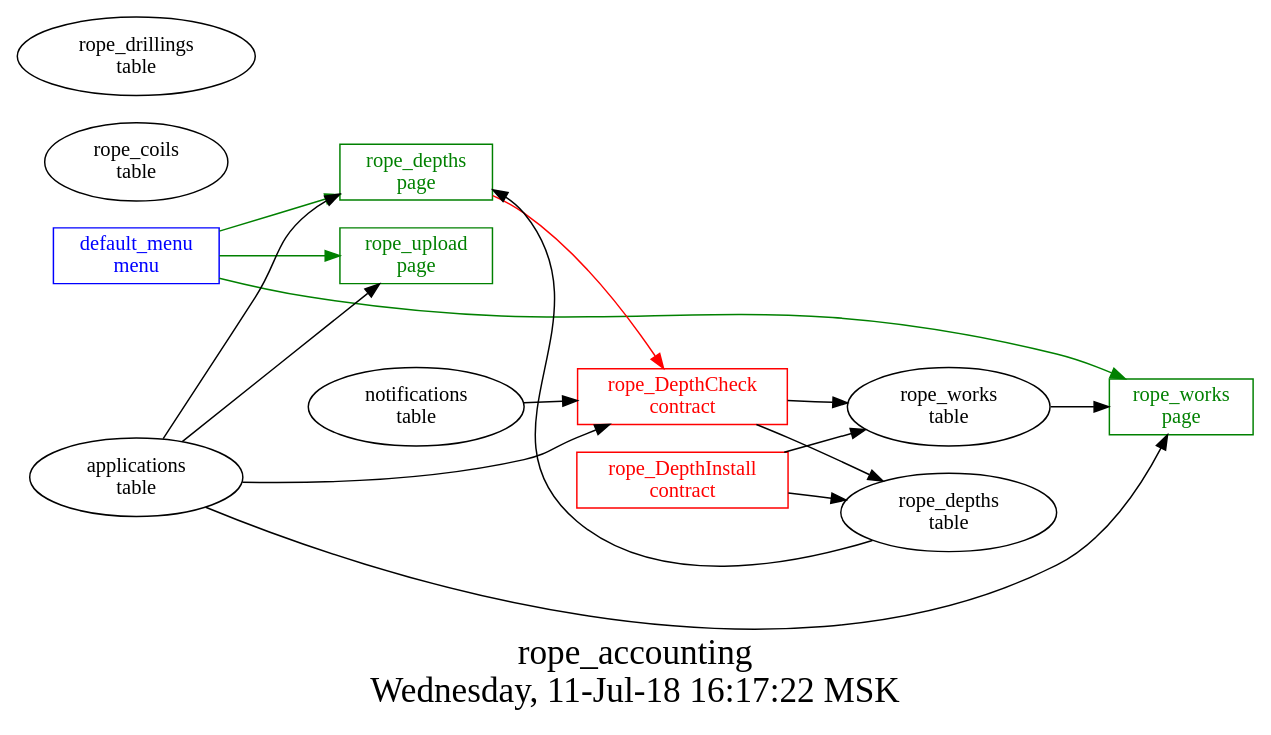
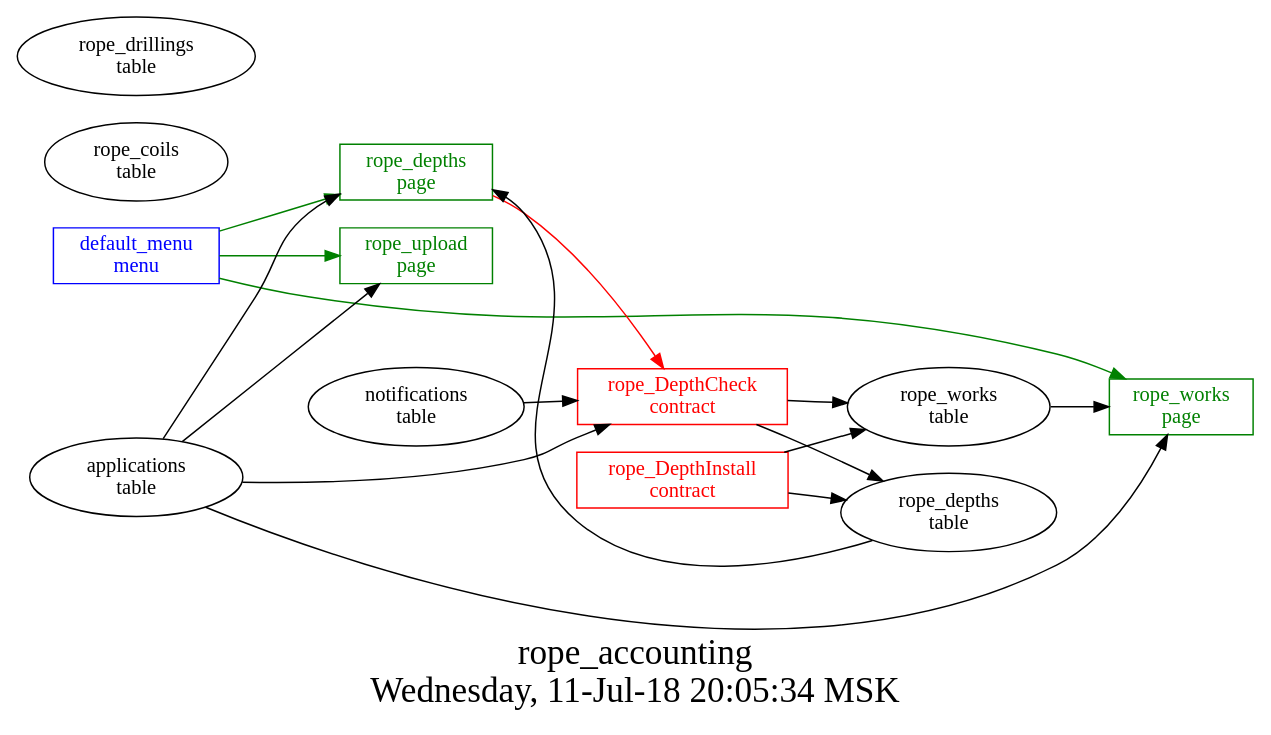
One commit to AplaProject/apps changed the diagram in src/rope_accounting/struct.dot. Above: the diagram before and after it, drawn with Graphviz. The commit also changed 5 other files, not shown here.

```diff
--- a/src/rope_accounting/struct.dot
+++ b/src/rope_accounting/struct.dot
@@ -1,35 +1,35 @@
 digraph G {
 graph [
   fontsize="24";
-  label="rope_accounting\nWednesday, 11-Jul-18 16:17:22 MSK";
+  label="rope_accounting\nWednesday, 11-Jul-18 20:05:34 MSK";
   nojustify=true;
   ordering=out;
   rankdir=LR;
   size="30";
 ];
 "default_menu\nmenu" -> "rope_upload\npage"  [ color=green ]
 "default_menu\nmenu" -> "rope_works\npage"  [ color=green ]
 "default_menu\nmenu" -> "rope_depths\npage"  [ color=green ]
 "default_menu\nmenu" [color=blue, fontcolor=blue, group=menus, shape=record];
 "rope_depths\npage" -> "rope_DepthCheck\ncontract"  [ color=red ]
 "applications\ntable" -> "rope_depths\npage"
 "rope_depths\ntable" -> "rope_depths\npage"
 "rope_depths\npage" [color=green, fontcolor=green, group=pages, shape=record];
 "applications\ntable" -> "rope_upload\npage"
 "rope_upload\npage" [color=green, fontcolor=green, group=pages, shape=record];
 "applications\ntable" -> "rope_works\npage"
 "rope_works\ntable" -> "rope_works\npage"
 "rope_works\npage" [color=green, fontcolor=green, group=pages, shape=record];
 "rope_DepthCheck\ncontract" -> "rope_works\ntable"  [ color="" ]
 "rope_DepthCheck\ncontract" -> "rope_depths\ntable"  [ color="" ]
 "applications\ntable" -> "rope_DepthCheck\ncontract"
 "notifications\ntable" -> "rope_DepthCheck\ncontract"
 "rope_DepthCheck\ncontract" [color=red, fontcolor=red, group=contracts, shape=record];
 "rope_DepthInstall\ncontract" -> "rope_works\ntable"  [ color="" ]
 "rope_DepthInstall\ncontract" -> "rope_depths\ntable"  [ color="" ]
 "rope_DepthInstall\ncontract" [color=red, fontcolor=red, group=contracts, shape=record];
 "rope_coils\ntable" [color="", fontcolor="", group=tables, shape=""];
 "rope_depths\ntable" [color="", fontcolor="", group=tables, shape=""];
 "rope_drillings\ntable" [color="", fontcolor="", group=tables, shape=""];
 "rope_works\ntable" [color="", fontcolor="", group=tables, shape=""];
 }
```
